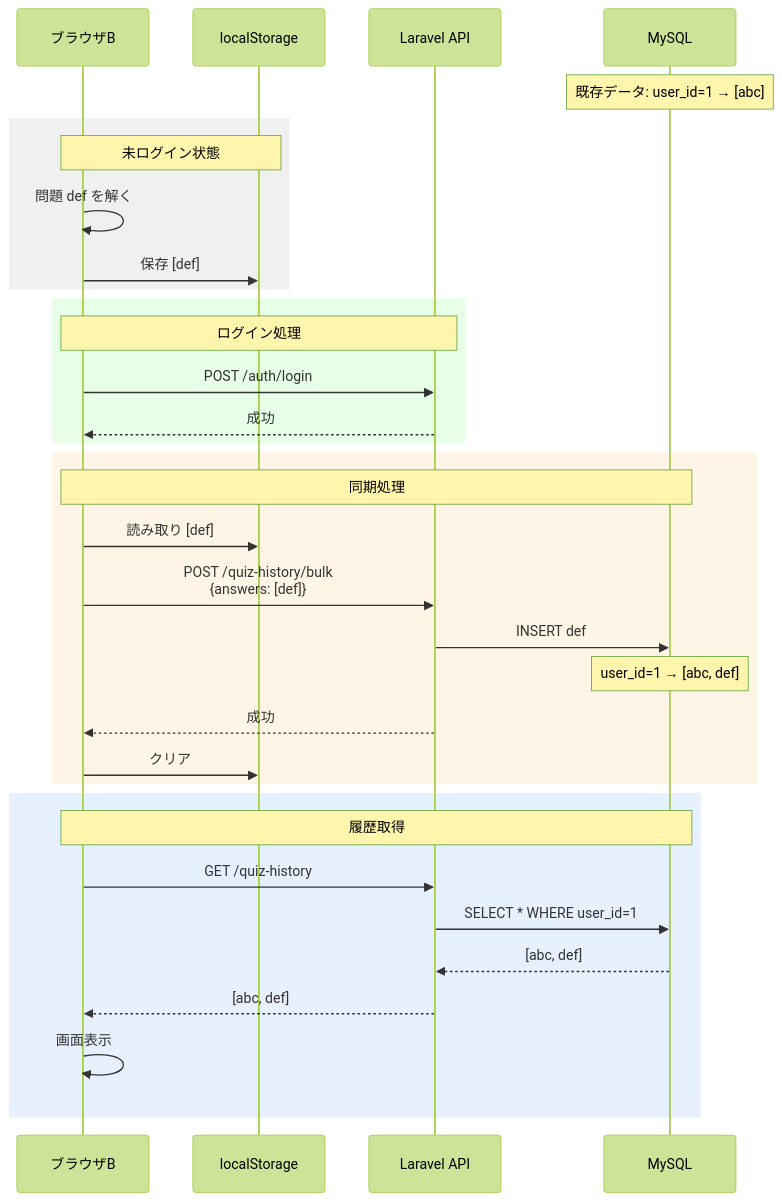
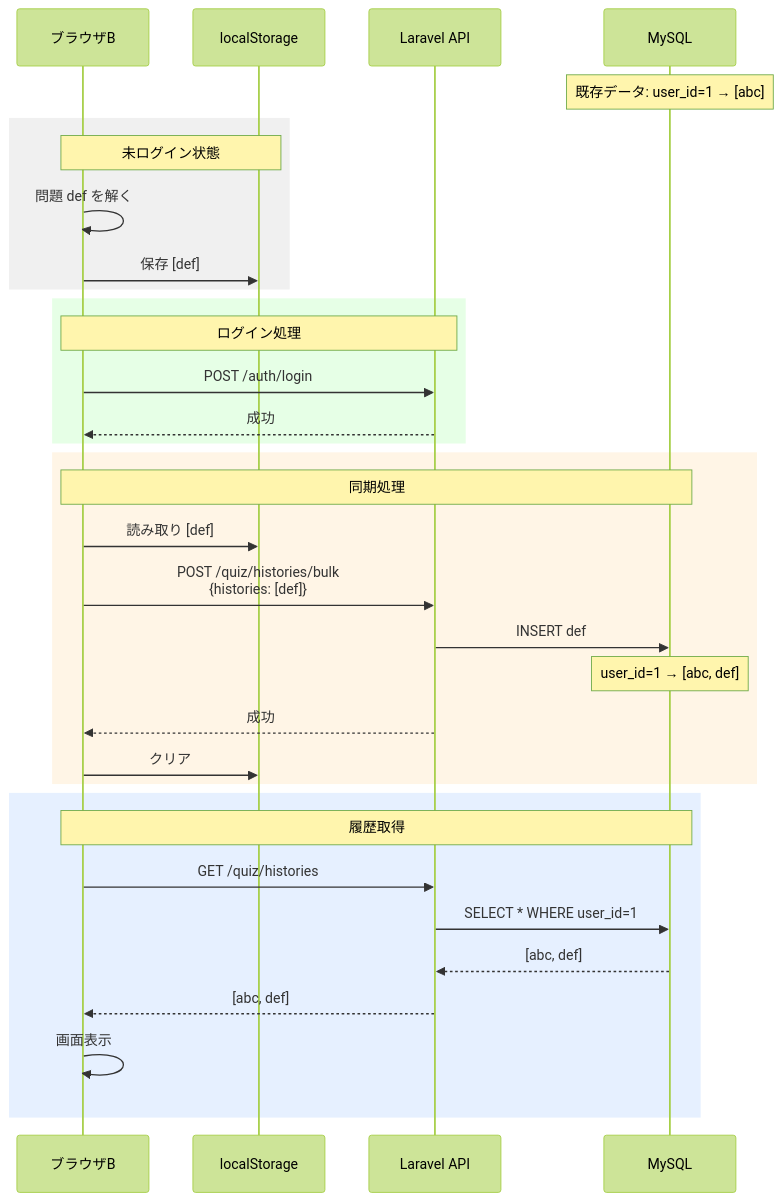
One commit to idw-coder/next-quiz changed the second of 4 diagrams in docs/quiz-history-sync-flow.md. Above: the diagram before and after it, drawn with Mermaid (forest theme). The commit also changed other lines of this file and 4 other files, not shown here.

Commit message:
Refactor quiz history synchronization by updating API endpoints and enhancing local storage management; implement syncing of local quiz history to server upon user login for improved data consistency.

````diff
--- a/docs/quiz-history-sync-flow.md
+++ b/docs/quiz-history-sync-flow.md
@@ -31,40 +31,40 @@
 ```mermaid
 sequenceDiagram
     participant B as ブラウザB
     participant LS as localStorage
     participant API as Laravel API
     participant DB as MySQL
 
     Note over DB: 既存データ: user_id=1 → [abc]
 
     rect rgb(240, 240, 240)
         Note over B,LS: 未ログイン状態
         B->>B: 問題 def を解く
         B->>LS: 保存 [def]
     end
 
     rect rgb(230, 255, 230)
         Note over B,API: ログイン処理
         B->>API: POST /auth/login
         API-->>B: 成功
     end
 
     rect rgb(255, 245, 230)
         Note over B,DB: 同期処理
         B->>LS: 読み取り [def]
-        B->>API: POST /quiz-history/bulk<br/>{answers: [def]}
+        B->>API: POST /quiz/histories/bulk<br/>{histories: [def]}
         API->>DB: INSERT def
         Note over DB: user_id=1 → [abc, def]
         API-->>B: 成功
         B->>LS: クリア
     end
 
     rect rgb(230, 240, 255)
         Note over B,DB: 履歴取得
-        B->>API: GET /quiz-history
+        B->>API: GET /quiz/histories
         API->>DB: SELECT * WHERE user_id=1
         DB-->>API: [abc, def]
         API-->>B: [abc, def]
         B->>B: 画面表示
     end
 ```
````
